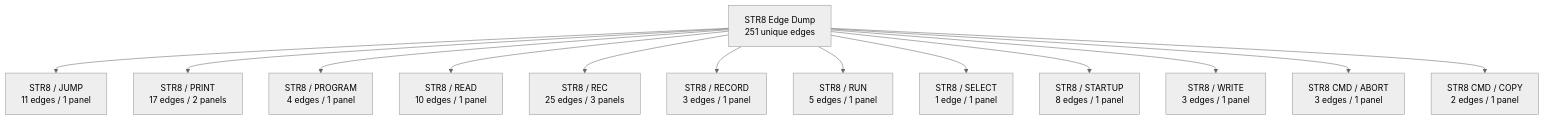
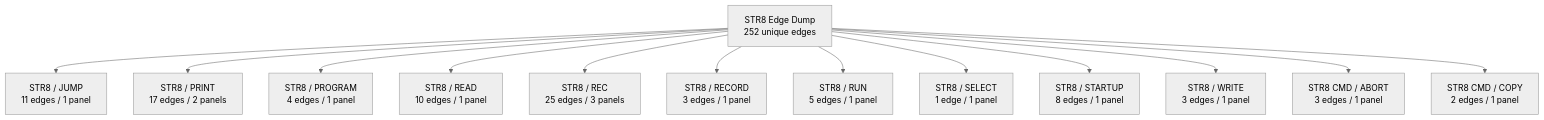
The second of 42 diagrams in DOC/GUIDES/STR8/STR8_EDGE_DUMP.md (95westus/R-YORS), drawn with Mermaid (neutral theme) before and after one commit. The commit also changed other lines of this file and 28 other files, not shown here.

````diff
--- a/DOC/GUIDES/STR8/STR8_EDGE_DUMP.md
+++ b/DOC/GUIDES/STR8/STR8_EDGE_DUMP.md
@@ -44,15 +44,15 @@
 ```mermaid
 flowchart TD
-    EDGE_ATLAS_ROOT_1["STR8 Edge Dump<br/>251 unique edges"] --> EDGE_FAMILY_1_0["STR8 / JUMP<br/>11 edges / 1 panel"]
-    EDGE_ATLAS_ROOT_1["STR8 Edge Dump<br/>251 unique edges"] --> EDGE_FAMILY_1_1["STR8 / PRINT<br/>17 edges / 2 panels"]
-    EDGE_ATLAS_ROOT_1["STR8 Edge Dump<br/>251 unique edges"] --> EDGE_FAMILY_1_2["STR8 / PROGRAM<br/>4 edges / 1 panel"]
-    EDGE_ATLAS_ROOT_1["STR8 Edge Dump<br/>251 unique edges"] --> EDGE_FAMILY_1_3["STR8 / READ<br/>10 edges / 1 panel"]
-    EDGE_ATLAS_ROOT_1["STR8 Edge Dump<br/>251 unique edges"] --> EDGE_FAMILY_1_4["STR8 / REC<br/>25 edges / 3 panels"]
-    EDGE_ATLAS_ROOT_1["STR8 Edge Dump<br/>251 unique edges"] --> EDGE_FAMILY_1_5["STR8 / RECORD<br/>3 edges / 1 panel"]
-    EDGE_ATLAS_ROOT_1["STR8 Edge Dump<br/>251 unique edges"] --> EDGE_FAMILY_1_6["STR8 / RUN<br/>5 edges / 1 panel"]
-    EDGE_ATLAS_ROOT_1["STR8 Edge Dump<br/>251 unique edges"] --> EDGE_FAMILY_1_7["STR8 / SELECT<br/>1 edge / 1 panel"]
-    EDGE_ATLAS_ROOT_1["STR8 Edge Dump<br/>251 unique edges"] --> EDGE_FAMILY_1_8["STR8 / STARTUP<br/>8 edges / 1 panel"]
-    EDGE_ATLAS_ROOT_1["STR8 Edge Dump<br/>251 unique edges"] --> EDGE_FAMILY_1_9["STR8 / WRITE<br/>3 edges / 1 panel"]
-    EDGE_ATLAS_ROOT_1["STR8 Edge Dump<br/>251 unique edges"] --> EDGE_FAMILY_1_10["STR8 CMD / ABORT<br/>3 edges / 1 panel"]
-    EDGE_ATLAS_ROOT_1["STR8 Edge Dump<br/>251 unique edges"] --> EDGE_FAMILY_1_11["STR8 CMD / COPY<br/>2 edges / 1 panel"]
+    EDGE_ATLAS_ROOT_1["STR8 Edge Dump<br/>252 unique edges"] --> EDGE_FAMILY_1_0["STR8 / JUMP<br/>11 edges / 1 panel"]
+    EDGE_ATLAS_ROOT_1["STR8 Edge Dump<br/>252 unique edges"] --> EDGE_FAMILY_1_1["STR8 / PRINT<br/>17 edges / 2 panels"]
+    EDGE_ATLAS_ROOT_1["STR8 Edge Dump<br/>252 unique edges"] --> EDGE_FAMILY_1_2["STR8 / PROGRAM<br/>4 edges / 1 panel"]
+    EDGE_ATLAS_ROOT_1["STR8 Edge Dump<br/>252 unique edges"] --> EDGE_FAMILY_1_3["STR8 / READ<br/>10 edges / 1 panel"]
+    EDGE_ATLAS_ROOT_1["STR8 Edge Dump<br/>252 unique edges"] --> EDGE_FAMILY_1_4["STR8 / REC<br/>25 edges / 3 panels"]
+    EDGE_ATLAS_ROOT_1["STR8 Edge Dump<br/>252 unique edges"] --> EDGE_FAMILY_1_5["STR8 / RECORD<br/>3 edges / 1 panel"]
+    EDGE_ATLAS_ROOT_1["STR8 Edge Dump<br/>252 unique edges"] --> EDGE_FAMILY_1_6["STR8 / RUN<br/>5 edges / 1 panel"]
+    EDGE_ATLAS_ROOT_1["STR8 Edge Dump<br/>252 unique edges"] --> EDGE_FAMILY_1_7["STR8 / SELECT<br/>1 edge / 1 panel"]
+    EDGE_ATLAS_ROOT_1["STR8 Edge Dump<br/>252 unique edges"] --> EDGE_FAMILY_1_8["STR8 / STARTUP<br/>8 edges / 1 panel"]
+    EDGE_ATLAS_ROOT_1["STR8 Edge Dump<br/>252 unique edges"] --> EDGE_FAMILY_1_9["STR8 / WRITE<br/>3 edges / 1 panel"]
+    EDGE_ATLAS_ROOT_1["STR8 Edge Dump<br/>252 unique edges"] --> EDGE_FAMILY_1_10["STR8 CMD / ABORT<br/>3 edges / 1 panel"]
+    EDGE_ATLAS_ROOT_1["STR8 Edge Dump<br/>252 unique edges"] --> EDGE_FAMILY_1_11["STR8 CMD / COPY<br/>2 edges / 1 panel"]
 ```
````
